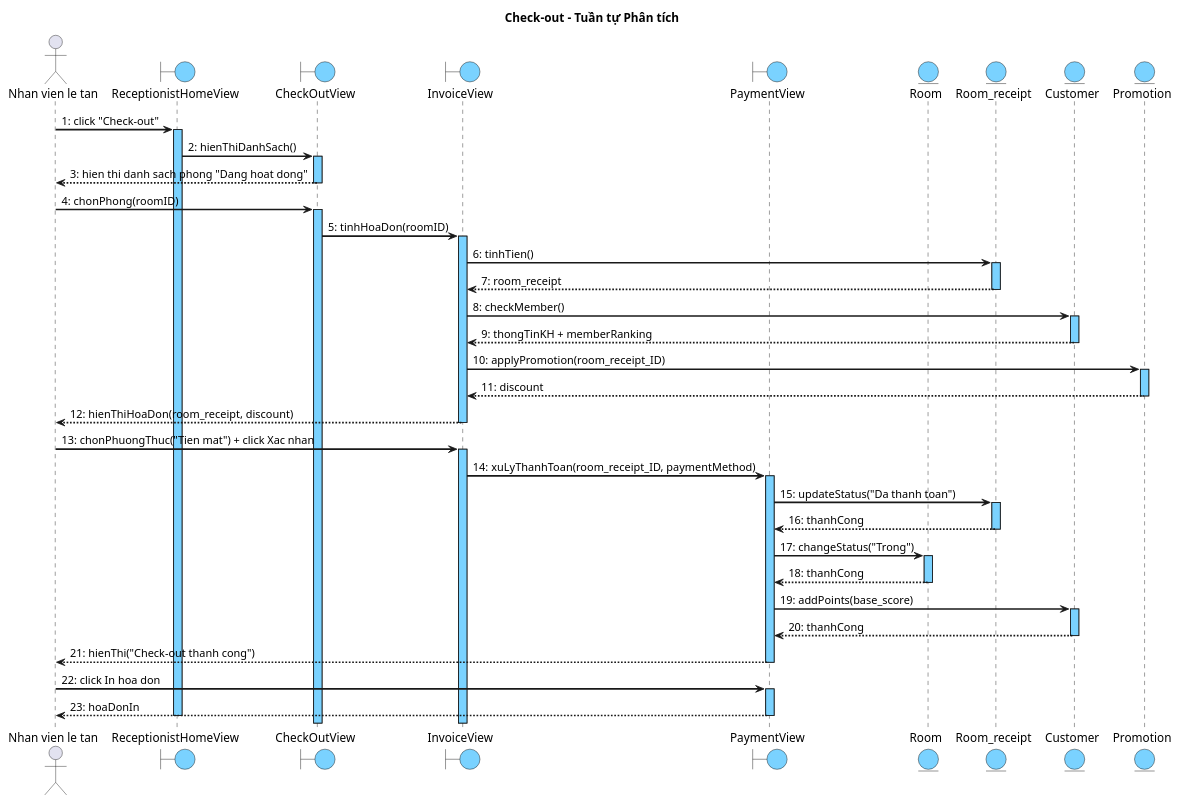
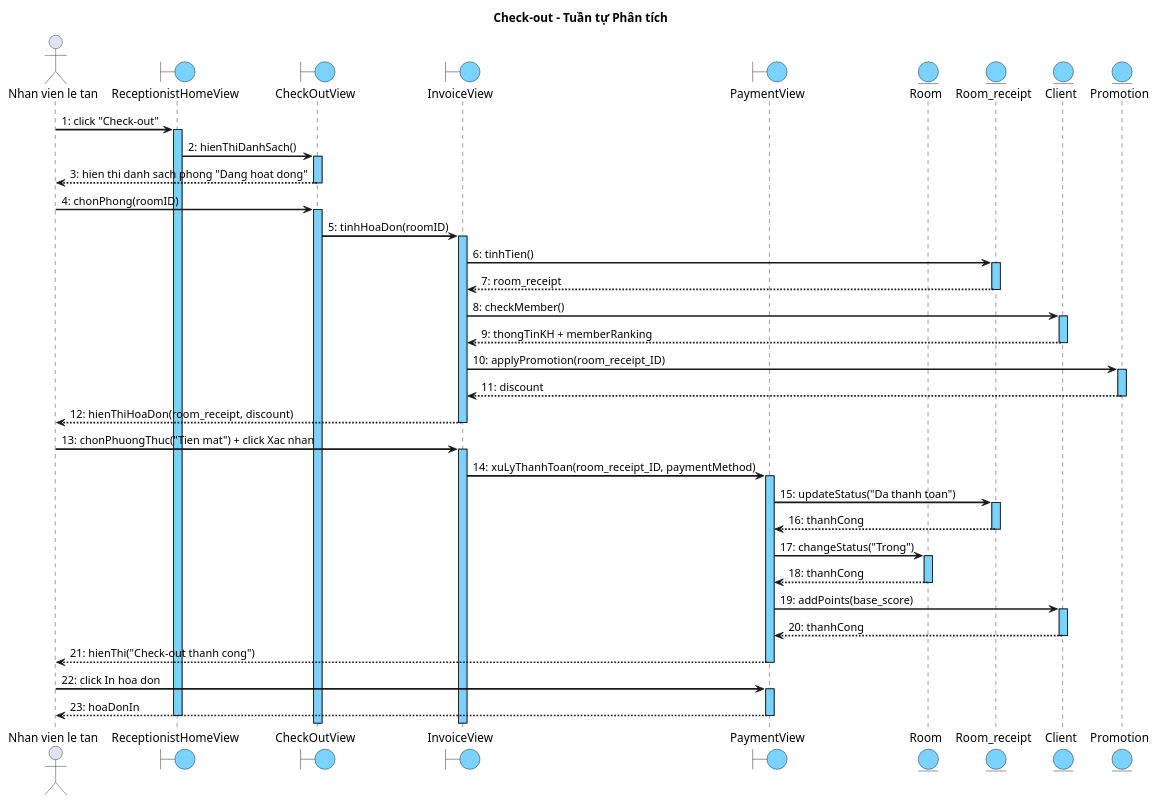
One commit to thanhtrnnn/cnpm changed the eighth of 8 diagrams in docs/tabs/section-booking-ii.3-2.4.md. Above: the diagram before and after it, drawn with PlantUML. The commit also changed other lines of this file and 16 other files, not shown here.

````diff
--- a/docs/tabs/section-booking-ii.3-2.4.md
+++ b/docs/tabs/section-booking-ii.3-2.4.md
@@ -613,77 +613,77 @@
 ```plantuml
 @startuml
 skinparam shadowing false
 skinparam SequenceMessageAlign left
 skinparam SequenceArrowThickness 2
 skinparam SequenceLifeLineBackgroundColor #7AD2FF
 skinparam ParticipantBackgroundColor #7AD2FF
 skinparam ParticipantBorderColor black
 skinparam BoundaryBackgroundColor #7AD2FF
 skinparam BoundaryBorderColor black
 skinparam EntityBackgroundColor #7AD2FF
 skinparam EntityBorderColor black
 
 title Check-out – Tuần tự Phân tích
 
 actor "Nhan vien le tan" as NV
 boundary "ReceptionistHomeView" as Home
 boundary "CheckOutView" as COV
 boundary "InvoiceView" as IV
 boundary "PaymentView" as PV
 entity "Room" as Room
 entity "Room_receipt" as RR
-entity "Customer" as Cust
+entity "Client" as Cust
 entity "Promotion" as Promo
 
 NV -> Home : 1: click "Check-out"
 activate Home
 Home -> COV : 2: hienThiDanhSach()
 activate COV
 COV --> NV : 3: hien thi danh sach phong "Dang hoat dong"
 deactivate COV
 
 NV -> COV : 4: chonPhong(roomID)
 activate COV
 COV -> IV : 5: tinhHoaDon(roomID)
 activate IV
 IV -> RR : 6: tinhTien()
 activate RR
 RR --> IV : 7: room_receipt
 deactivate RR
 IV -> Cust : 8: checkMember()
 activate Cust
 Cust --> IV : 9: thongTinKH + memberRanking
 deactivate Cust
 IV -> Promo : 10: applyPromotion(room_receipt_ID)
 activate Promo
 Promo --> IV : 11: discount
 deactivate Promo
 IV --> NV : 12: hienThiHoaDon(room_receipt, discount)
 deactivate IV
 
 NV -> IV : 13: chonPhuongThuc("Tien mat") + click Xac nhan
 activate IV
 IV -> PV : 14: xuLyThanhToan(room_receipt_ID, paymentMethod)
 activate PV
 PV -> RR : 15: updateStatus("Da thanh toan")
 activate RR
 RR --> PV : 16: thanhCong
 deactivate RR
 PV -> Room : 17: changeStatus("Trong")
 activate Room
 Room --> PV : 18: thanhCong
 deactivate Room
 PV -> Cust : 19: addPoints(base_score)
 activate Cust
 Cust --> PV : 20: thanhCong
 deactivate Cust
 PV --> NV : 21: hienThi("Check-out thanh cong")
 deactivate PV
 
 NV -> PV : 22: click In hoa don
 activate PV
 PV --> NV : 23: hoaDonIn
 deactivate PV
 deactivate Home
 @enduml
 ```
````
